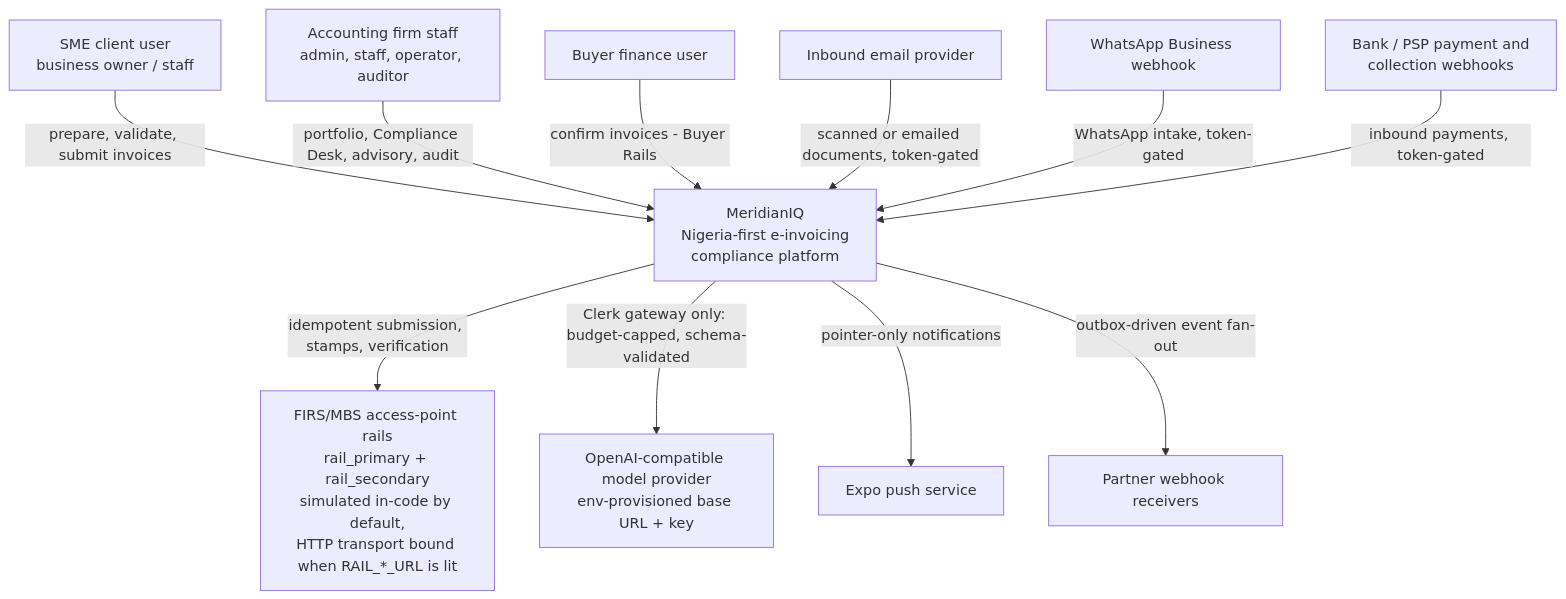
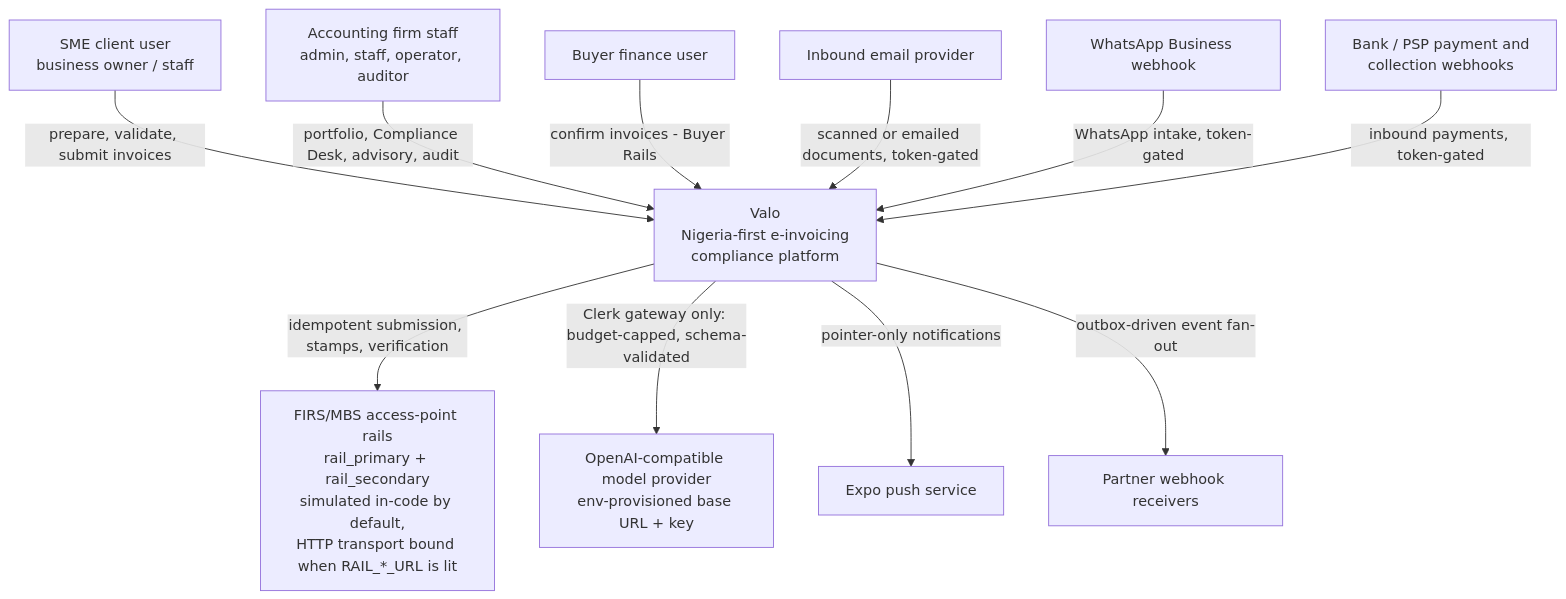
One commit to obeidpeter/Meridian-IQ changed the first of 2 diagrams in docs/architecture.md. Above: the diagram before and after it, drawn with Mermaid. The commit also changed other lines of this file and 1212 other files, not shown here.

Commit message:
Rebrand MeridianIQ as Valo with compatible integrations

````diff
--- a/docs/architecture.md
+++ b/docs/architecture.md
@@ -17,27 +17,27 @@
 ```mermaid
 flowchart TB
     sme["SME client user<br/>business owner / staff"]
     firm["Accounting firm staff<br/>admin, staff, operator, auditor"]
     buyer["Buyer finance user"]
 
-    miq["MeridianIQ<br/>Nigeria-first e-invoicing<br/>compliance platform"]
+    miq["Valo<br/>Nigeria-first e-invoicing<br/>compliance platform"]
 
     rails["FIRS/MBS access-point rails<br/>rail_primary + rail_secondary<br/>simulated in-code by default,<br/>HTTP transport bound when RAIL_*_URL is lit"]
     model["OpenAI-compatible model provider<br/>env-provisioned base URL + key"]
     email["Inbound email provider"]
     wa["WhatsApp Business webhook"]
     psp["Bank / PSP payment and<br/>collection webhooks"]
     expo["Expo push service"]
     partner["Partner webhook receivers"]
 
     sme -->|"prepare, validate, submit invoices"| miq
     firm -->|"portfolio, Compliance Desk, advisory, audit"| miq
     buyer -->|"confirm invoices - Buyer Rails"| miq
     miq -->|"idempotent submission, stamps, verification"| rails
     miq -->|"Clerk gateway only: budget-capped, schema-validated"| model
     email -->|"scanned or emailed documents, token-gated"| miq
     wa -->|"WhatsApp intake, token-gated"| miq
     psp -->|"inbound payments, token-gated"| miq
     miq -->|"pointer-only notifications"| expo
     miq -->|"outbox-driven event fan-out"| partner
 ```
````
